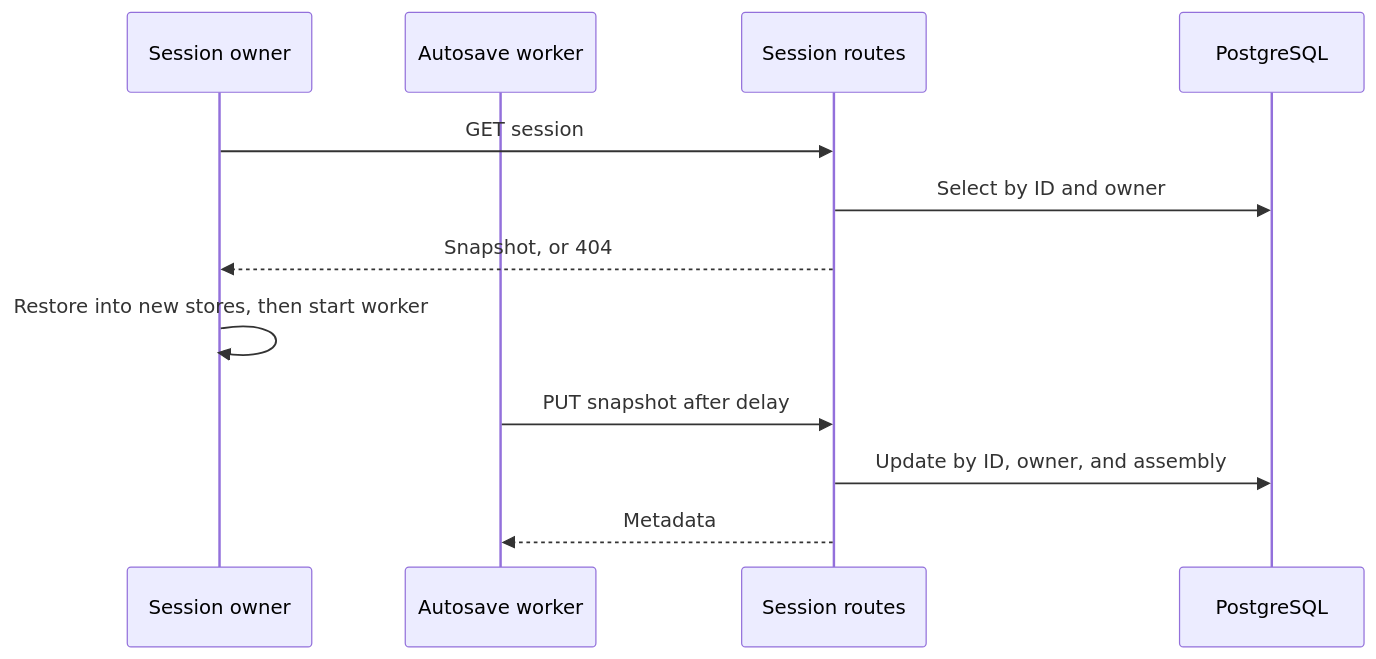
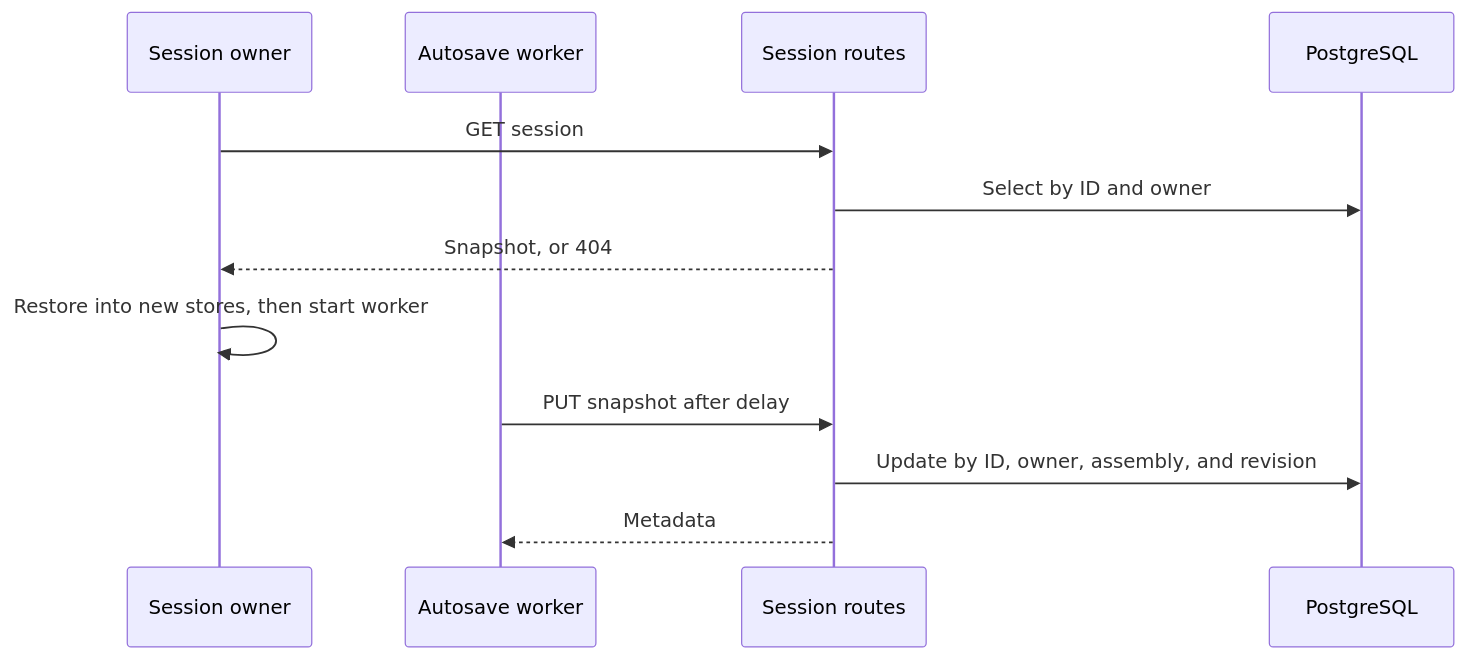
One commit to weng-lab/genomebrowser changed the third of 3 diagrams in apps/web/docs/02-guides/dataFlow.md. Above: the diagram before and after it, drawn with Mermaid. The commit also changed other lines of this file and 26 other files, not shown here.

````diff
--- a/apps/web/docs/02-guides/dataFlow.md
+++ b/apps/web/docs/02-guides/dataFlow.md
@@ -76,14 +76,14 @@
 ```mermaid
 sequenceDiagram
   participant Owner as Session owner
   participant Worker as Autosave worker
   participant Routes as Session routes
   participant DB as PostgreSQL
   Owner->>Routes: GET session
   Routes->>DB: Select by ID and owner
   Routes-->>Owner: Snapshot, or 404
   Owner->>Owner: Restore into new stores, then start worker
   Worker->>Routes: PUT snapshot after delay
-  Routes->>DB: Update by ID, owner, and assembly
+  Routes->>DB: Update by ID, owner, assembly, and revision
   Routes-->>Worker: Metadata
 ```
````
